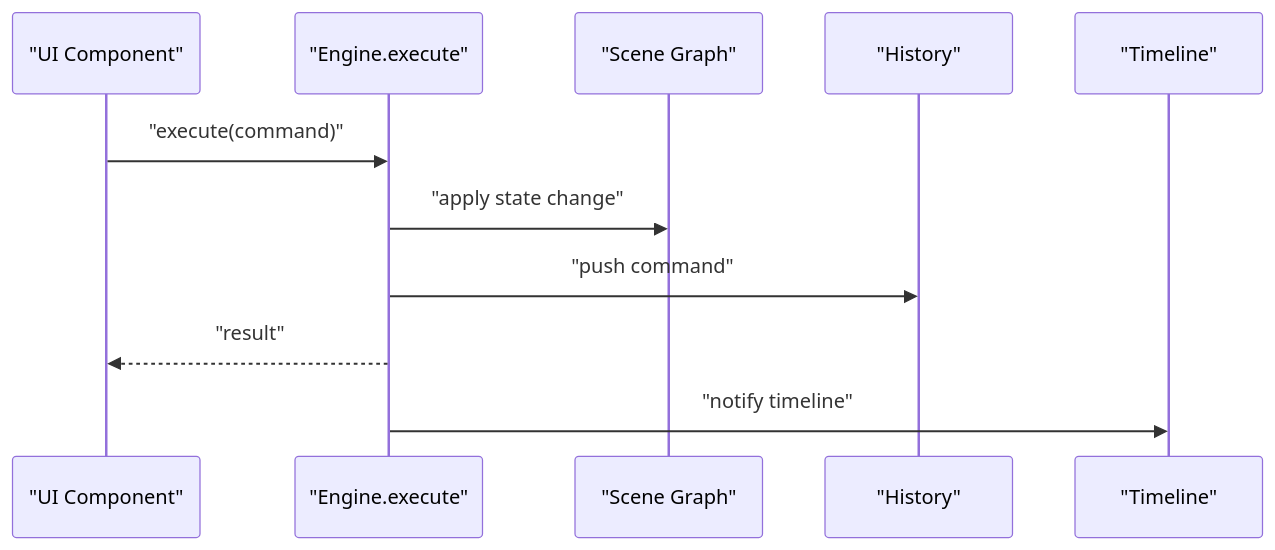
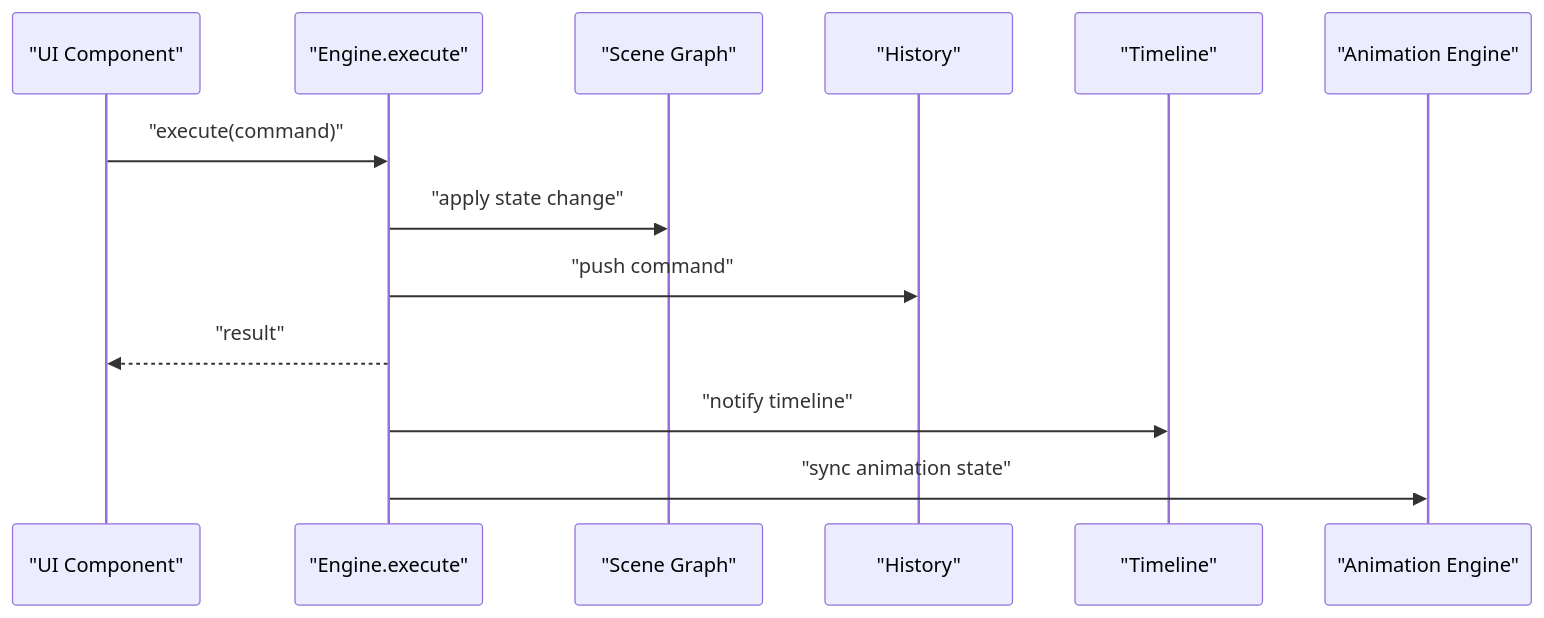
Before and after one commit to Anna0314zy/ai_editor_enginer: the second of 15 diagrams in .qoder/repowiki/en/content/Core Engine System/Core Engine System.md, drawn with Mermaid. The commit also changed other lines of this file and 10 other files, not shown here.

````diff
--- a/.qoder/repowiki/en/content/Core Engine System/Core Engine System.md
+++ b/.qoder/repowiki/en/content/Core Engine System/Core Engine System.md
@@ -145,13 +199,15 @@
 ```mermaid
 sequenceDiagram
 participant UI as "UI Component"
 participant Engine as "Engine.execute"
 participant Scene as "Scene Graph"
 participant History as "History"
 participant Timeline as "Timeline"
+participant AnimationEngine as "Animation Engine"
 UI->>Engine : "execute(command)"
 Engine->>Scene : "apply state change"
 Engine->>History : "push command"
 Engine-->>UI : "result"
 Engine->>Timeline : "notify timeline"
+Engine->>AnimationEngine : "sync animation state"
 ```
````
